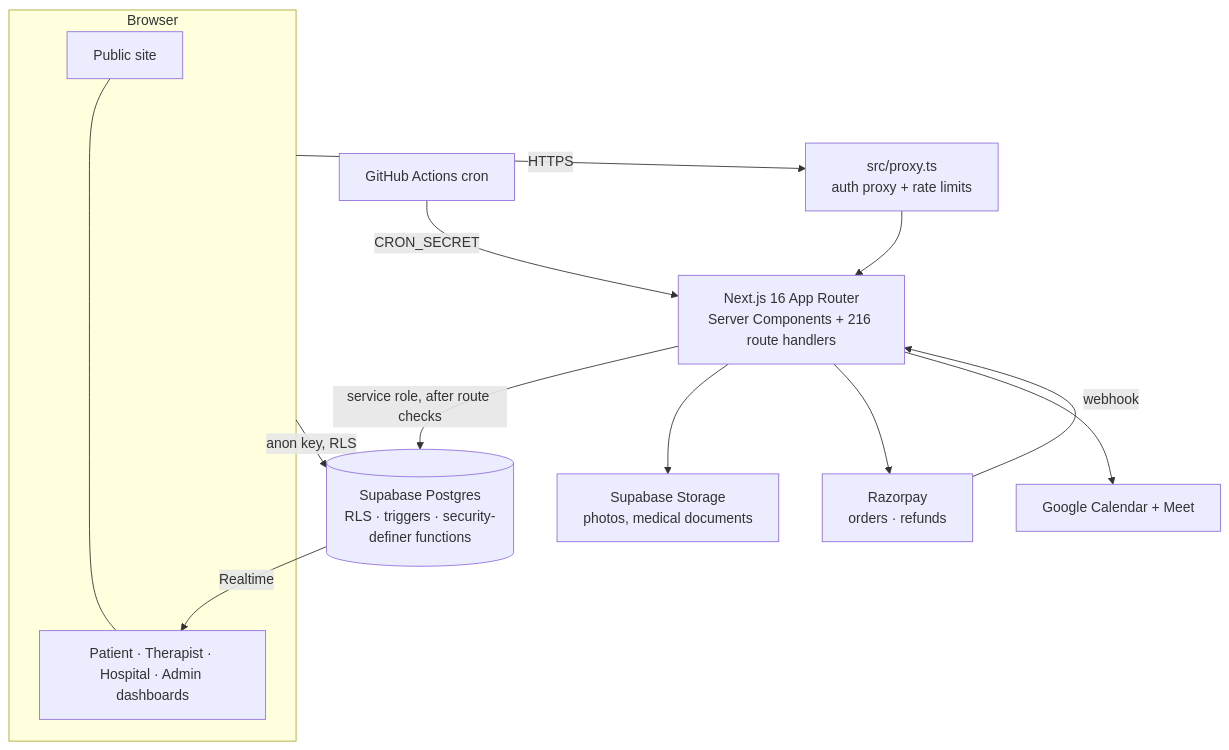
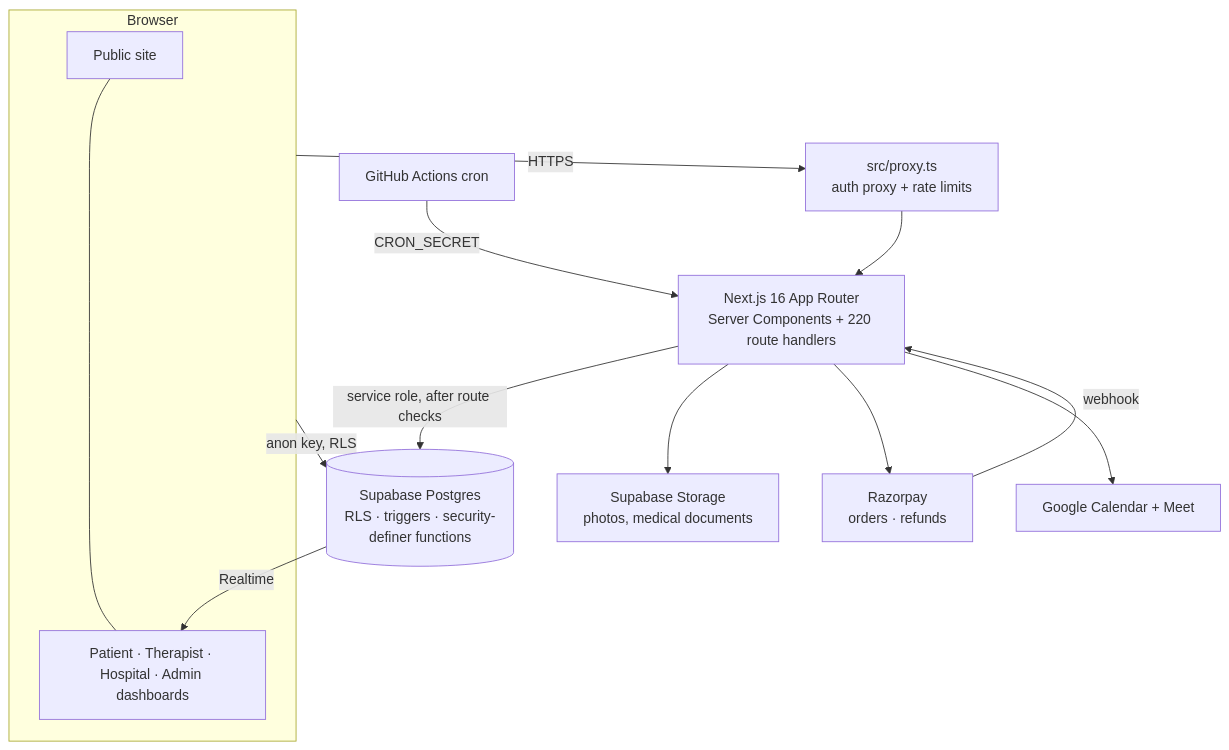
The second of 2 diagrams in README.md (nitheesh-git-project/Claude), drawn with Mermaid before and after one commit. The commit also changed 3 other files, not shown here.

````diff
--- a/README.md
+++ b/README.md
@@ -172,16 +172,16 @@
 ```mermaid
 flowchart TB
   subgraph Browser
     P[Public site] --- D[Patient · Therapist · Hospital · Admin dashboards]
   end
   Browser -->|HTTPS| PX[src/proxy.ts<br/>auth proxy + rate limits]
-  PX --> APP[Next.js 16 App Router<br/>Server Components + 216 route handlers]
+  PX --> APP[Next.js 16 App Router<br/>Server Components + 220 route handlers]
   APP -->|service role, after route checks| SB[(Supabase Postgres<br/>RLS · triggers · security-definer functions)]
   Browser -->|anon key, RLS| SB
   SB -->|Realtime| D
   APP --> ST[Supabase Storage<br/>photos, medical documents]
   APP --> RZ[Razorpay<br/>orders · refunds]
   RZ -->|webhook| APP
   APP --> GC[Google Calendar + Meet]
   GH[GitHub Actions cron] -->|CRON_SECRET| APP
 ```
````
